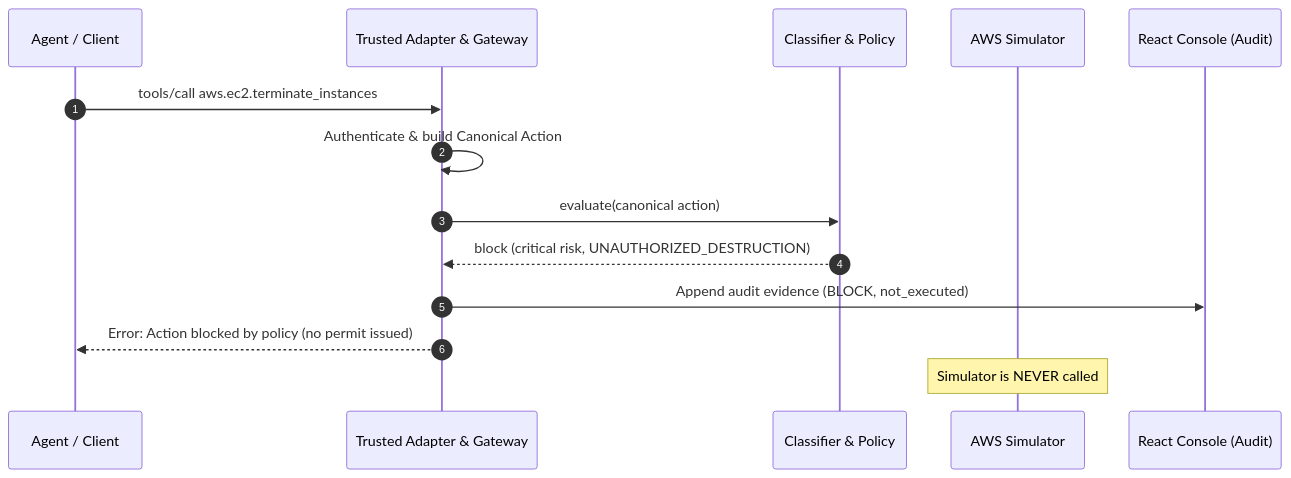
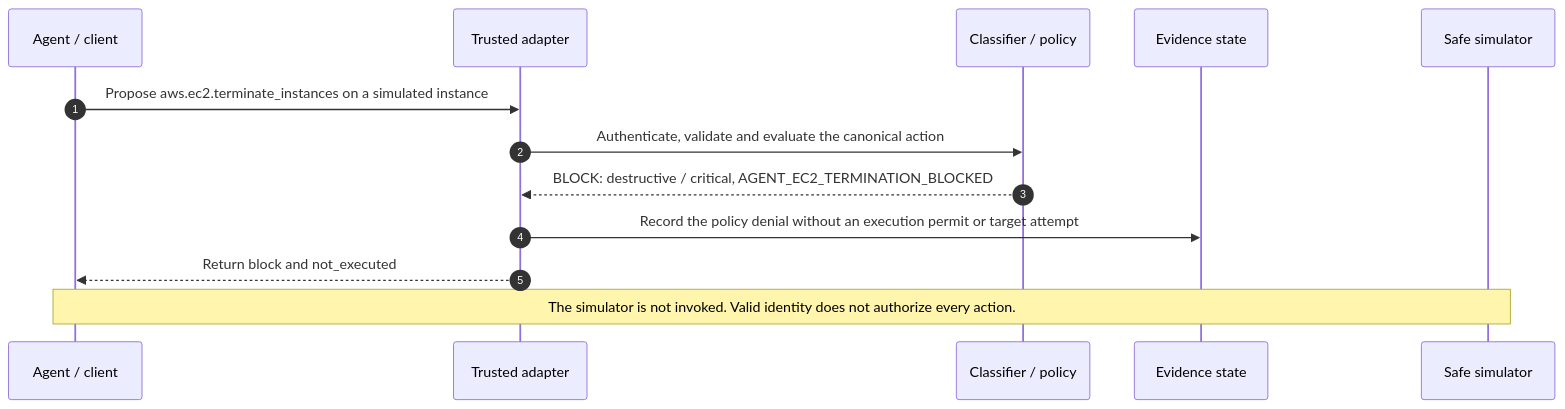
The third of 10 diagrams in docs/flows-guide.md (hemantkgupta/tracepermit), drawn with Mermaid before and after one commit. The commit also changed other lines of this file and 25 other files, not shown here.

Commit message:
docs: align nine action flows with verified runtime boundaries

````diff
--- a/docs/flows-guide.md
+++ b/docs/flows-guide.md
@@ -186,17 +160,15 @@
 ```mermaid
 sequenceDiagram
   autonumber
-  participant Agent as Agent / Client
-  participant Gateway as Trusted Adapter & Gateway
-  participant Policy as Classifier & Policy
-  participant Simulator as AWS Simulator
-  participant Console as React Console (Audit)
-
-  Agent->>Gateway: tools/call aws.ec2.terminate_instances
-  Gateway->>Gateway: Authenticate & build Canonical Action
-  Gateway->>Policy: evaluate(canonical action)
-  Policy-->>Gateway: block (critical risk, UNAUTHORIZED_DESTRUCTION)
-  Gateway->>Console: Append audit evidence (BLOCK, not_executed)
-  Gateway-->>Agent: Error: Action blocked by policy (no permit issued)
-  Note over Simulator: Simulator is NEVER called
+  participant C as Agent / client
+  participant G as Trusted adapter
+  participant P as Classifier / policy
+  participant D as Evidence state
+  participant S as Safe simulator
+  C->>G: Propose aws.ec2.terminate_instances on a simulated instance
+  G->>P: Authenticate, validate and evaluate the canonical action
+  P-->>G: BLOCK: destructive / critical, AGENT_EC2_TERMINATION_BLOCKED
+  G->>D: Record the policy denial without an execution permit or target attempt
+  G-->>C: Return block and not_executed
+  Note over C,S: The simulator is not invoked. Valid identity does not authorize every action.
 ```
````
